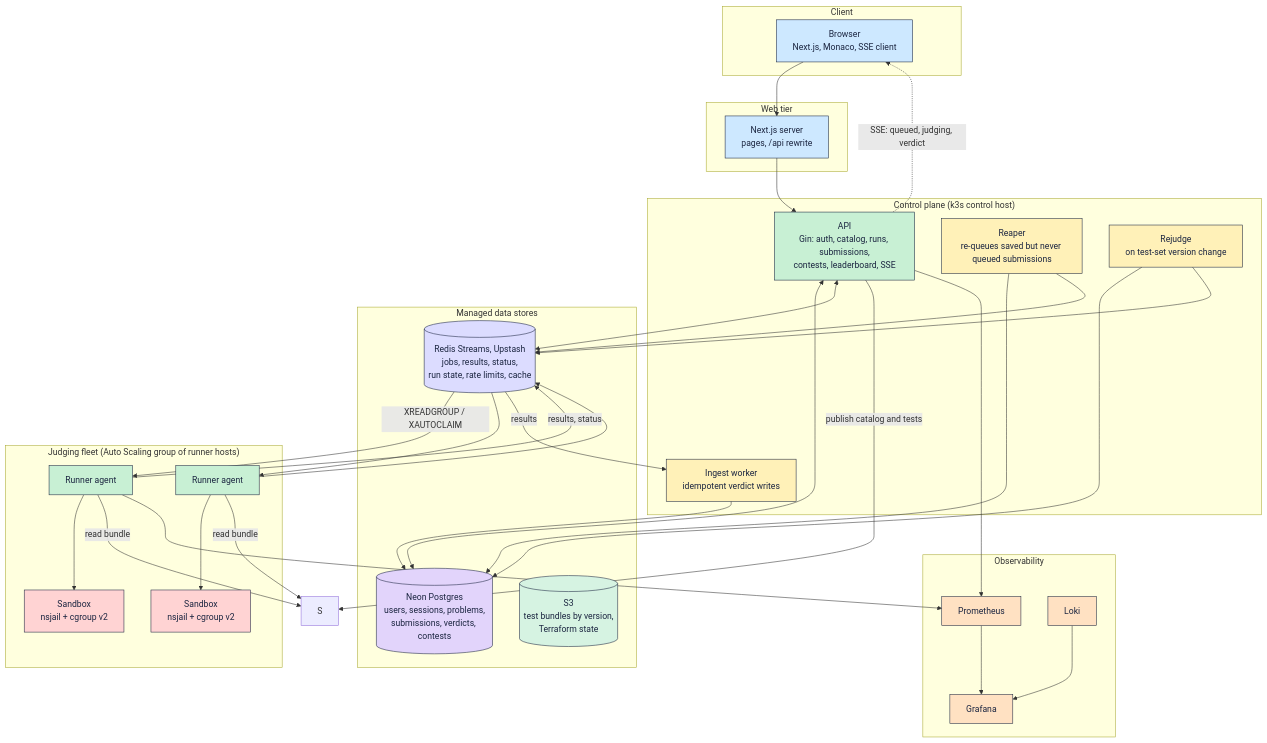
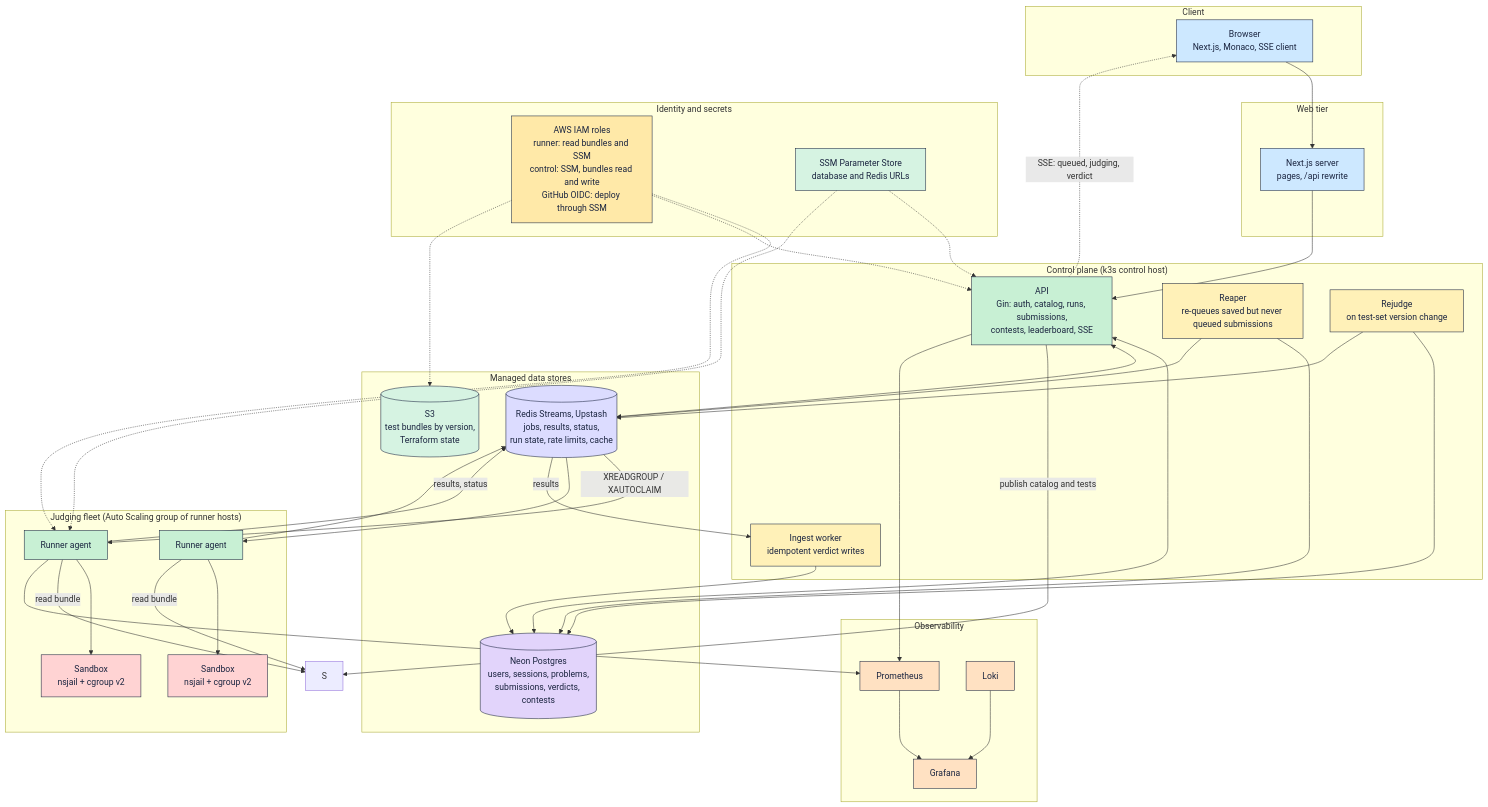
Before and after one commit to KarthikSP1911/Leetforce: the second of 5 diagrams in README.md, drawn with Mermaid. The commit also changed other lines of this file and 1 other file, not shown here.

First line of the commit message:
docs(docs): add observability and IAM to the README and diagram

````diff
--- a/README.md
+++ b/README.md
@@ -177,6 +183,11 @@
     SB2[Sandbox<br/>nsjail + cgroup v2]
   end
 
+  subgraph IAMG["Identity and secrets"]
+    IAM[AWS IAM roles<br/>runner: read bundles and SSM<br/>control: SSM, bundles read and write<br/>GitHub OIDC: deploy through SSM]
+    SSM[SSM Parameter Store<br/>database and Redis URLs]
+  end
+
   subgraph Obs["Observability"]
     PR[Prometheus]
     GR[Grafana]
@@ -201,6 +212,11 @@
   RJ --> PG
   RJ --> RD
   A -. SSE: queued, judging, verdict .-> B
+  IAM -.-> R1
+  IAM -.-> A
+  IAM -.-> S3
+  SSM -.-> A
+  SSM -.-> R1
   A --> PR
   R1 --> PR
   PR --> GR
@@ -214,6 +230,7 @@
   classDef store fill:#d6f3e2,stroke:#1b2540,color:#1b2540
   classDef work fill:#fff1b8,stroke:#1b2540,color:#1b2540
   classDef obs fill:#ffe1c2,stroke:#1b2540,color:#1b2540
+  classDef iam fill:#ffe9a8,stroke:#1b2540,color:#1b2540
   class B,W web
   class A api
   class I,RP,RJ work
@@ -223,4 +240,6 @@
   class R1,R2 run
   class SB1,SB2 sandbox
   class PR,GR,LK obs
+  class IAM iam
+  class SSM store
 ```
````
